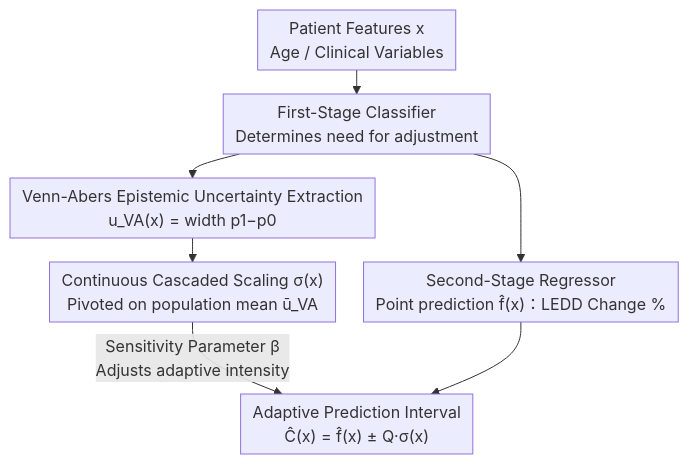
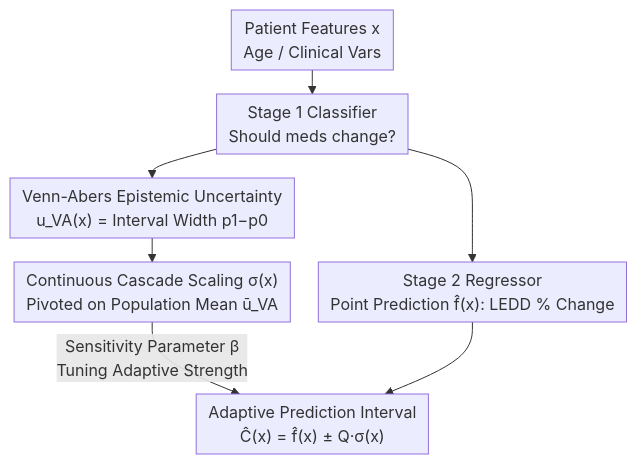
Before and after one commit to zhaoyang97/Paper-Notes-en: the diagram in docs/ICML2026/medical_imaging/cascade_conformal_prediction_uncertainty-adaptive_prediction_intervals_for_two-s.md, drawn with Mermaid. The commit also changed other lines of this file and 5084 other files, not shown here.

````diff
--- a/docs/ICML2026/medical_imaging/cascade_conformal_prediction_uncertainty-adaptive_prediction_intervals_for_two-s.md
+++ b/docs/ICML2026/medical_imaging/cascade_conformal_prediction_uncertainty-adaptive_prediction_intervals_for_two-s.md
@@ -40,10 +40,10 @@
 ```mermaid
 %%{init: {'flowchart': {'rankSpacing': 24, 'nodeSpacing': 28, 'padding': 6, 'wrappingWidth': 400}}}%%
 flowchart TD
-    A["Patient Features x<br/>Age / Clinical Variables"] --> B["First-Stage Classifier<br/>Determines need for adjustment"]
-    B --> C["Venn-Abers Epistemic Uncertainty Extraction<br/>u_VA(x) = width p1−p0"]
-    B --> D["Second-Stage Regressor<br/>Point prediction f̂(x)：LEDD Change %"]
-    C --> E["Continuous Cascaded Scaling σ(x)<br/>Pivoted on population mean ū_VA"]
-    E -->|"Sensitivity Parameter β<br/>Adjusts adaptive intensity"| F["Adaptive Prediction Interval<br/>Ĉ(x) = f̂(x) ± Q·σ(x)"]
+    A["Patient Features x<br/>Age / Clinical Vars"] --> B["Stage 1 Classifier<br/>Should meds change?"]
+    B --> C["Venn-Abers Epistemic Uncertainty<br/>u_VA(x) = Interval Width p1−p0"]
+    B --> D["Stage 2 Regressor<br/>Point Prediction f̂(x): LEDD % Change"]
+    C --> E["Continuous Cascade Scaling σ(x)<br/>Pivoted on Population Mean ū_VA"]
+    E -->|"Sensitivity Parameter β<br/>Tuning Adaptive Strength"| F["Adaptive Prediction Interval<br/>Ĉ(x) = f̂(x) ± Q·σ(x)"]
     D --> F
 ```
````
